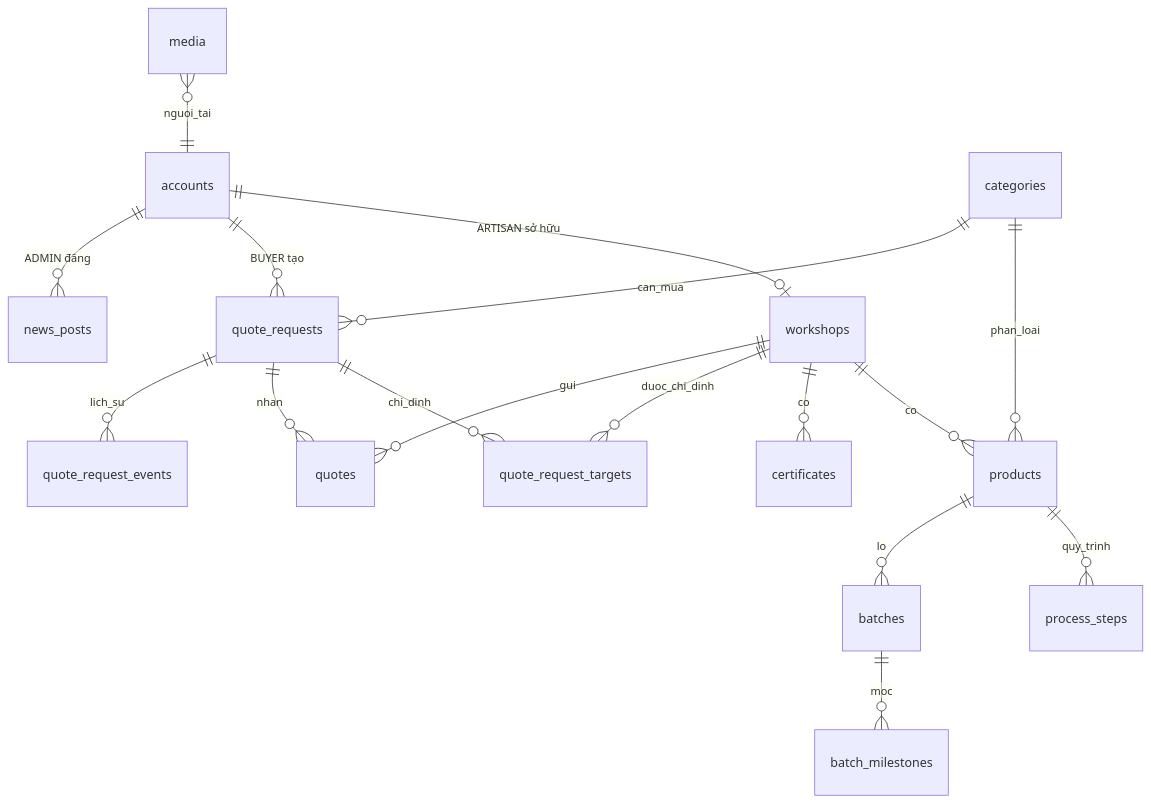
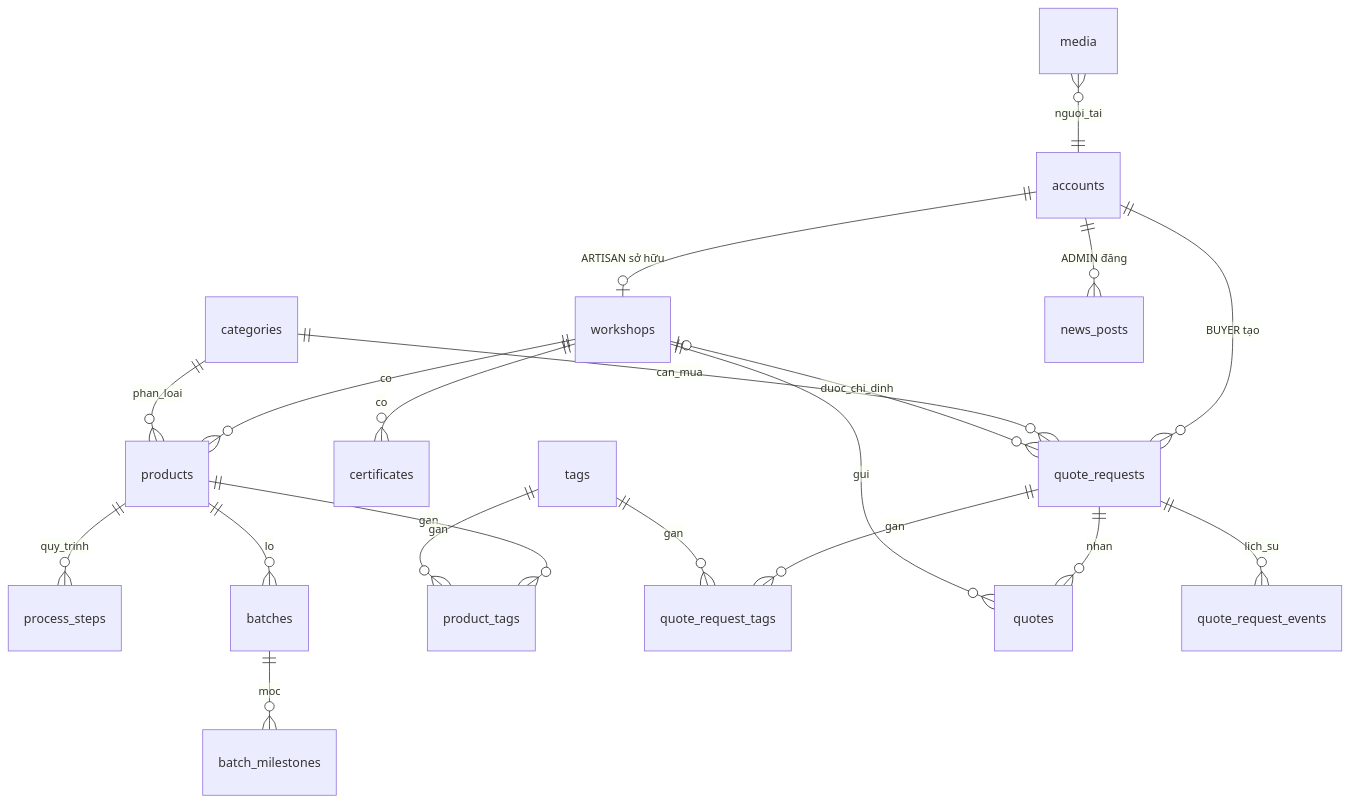
Before and after one commit to Williamzo1/Developing_Web_Project: the diagram in docs/02-design/data-model.md, drawn with Mermaid. The commit also changed other lines of this file and 14 other files, not shown here.

````diff
--- a/docs/02-design/data-model.md
+++ b/docs/02-design/data-model.md
@@ -19,19 +21,22 @@
 ```mermaid
 erDiagram
     accounts ||--o| workshops : "ARTISAN sở hữu"
     workshops ||--o{ products : co
     workshops ||--o{ certificates : co
     categories ||--o{ products : phan_loai
     products ||--o{ process_steps : quy_trinh
     products ||--o{ batches : lo
     batches ||--o{ batch_milestones : moc
     accounts ||--o{ quote_requests : "BUYER tạo"
     categories ||--o{ quote_requests : can_mua
-    quote_requests ||--o{ quote_request_targets : chi_dinh
-    workshops ||--o{ quote_request_targets : duoc_chi_dinh
+    workshops |o--o{ quote_requests : duoc_chi_dinh
+    products ||--o{ product_tags : gan
+    tags ||--o{ product_tags : gan
+    quote_requests ||--o{ quote_request_tags : gan
+    tags ||--o{ quote_request_tags : gan
     quote_requests ||--o{ quotes : nhan
     workshops ||--o{ quotes : gui
     quote_requests ||--o{ quote_request_events : lich_su
     accounts ||--o{ news_posts : "ADMIN đăng"
     media }o--|| accounts : nguoi_tai
 ```
````
